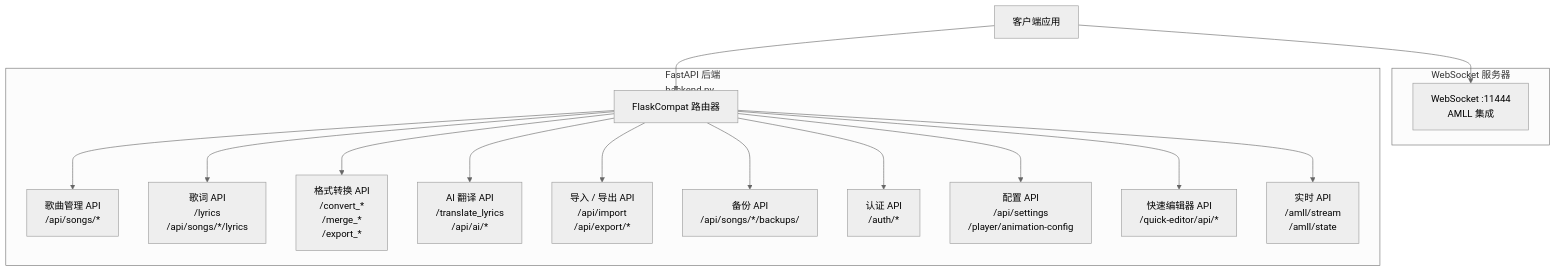
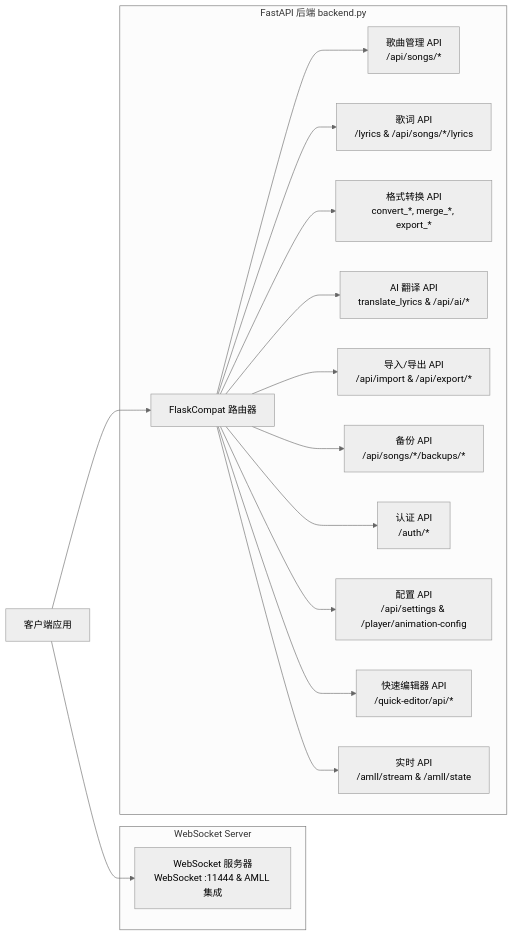
One commit to HKLHaoBin/LyricSphere changed diagram 21 of 44 in README.md. Above: the diagram before and after it, drawn with Mermaid (neutral theme). The commit also changed other lines of this file, not shown here.

First line of the commit message:
docs: 优化文档中的流程图和注释结构

````diff
--- a/README.md
+++ b/README.md
@@ -1823,51 +1819,55 @@
 ```mermaid
-flowchart TD
-    Client["客户端应用"]
-    Router["FlaskCompat 路由器"]
+flowchart LR
+    %% 定义节点
+    Client[客户端应用]
+    Router[FlaskCompat 路由器]
 
-    SongAPI["歌曲管理 API<br/>/api/songs/*"]
-    LyricAPI["歌词 API<br/>/lyrics<br/>/api/songs/*/lyrics"]
-    ConvertAPI["格式转换 API<br/>/convert_*<br/>/merge_*<br/>/export_*"]
-    TranslateAPI["AI 翻译 API<br/>/translate_lyrics<br/>/api/ai/*"]
-    ImportExport["导入 / 导出 API<br/>/api/import<br/>/api/export/*"]
-    BackupAPI["备份 API<br/>/api/songs/*/backups/"]
-    AuthAPI["认证 API<br/>/auth/*"]
-    ConfigAPI["配置 API<br/>/api/settings<br/>/player/animation-config"]
-    EditorAPI["快速编辑器 API<br/>/quick-editor/api/*"]
-    RealtimeAPI["实时 API<br/>/amll/stream<br/>/amll/state"]
+    SongAPI[歌曲管理 API<br>/api/songs/*]
+    LyricAPI[歌词 API<br>/lyrics & /api/songs/*/lyrics]
+    ConvertAPI[格式转换 API<br>convert_*, merge_*, export_*]
+    TranslateAPI[AI 翻译 API<br>translate_lyrics & /api/ai/*]
+    ImportExport[导入/导出 API<br>/api/import & /api/export/*]
+    BackupAPI[备份 API<br>/api/songs/*/backups/*]
+    AuthAPI[认证 API<br>/auth/*]
+    ConfigAPI[配置 API<br>/api/settings & /player/animation-config]
+    EditorAPI[快速编辑器 API<br>/quick-editor/api/*]
+    RealtimeAPI[实时 API<br>/amll/stream & /amll/state]
 
-    WSServer["WebSocket :11444<br/>AMLL 集成"]
+    WSServer[WebSocket 服务器<br>WebSocket :11444 & AMLL 集成]
 
+    %% 主连接
     Client --> Router
     Client --> WSServer
 
-    subgraph WebSocketServer["WebSocket 服务器"]
+    %% WebSocket server
+    subgraph WS_SERVER [WebSocket Server]
         WSServer
     end
 
-    subgraph FastAPIBackend["FastAPI 后端<br/>backend.py"]
+    %% FastAPI backend
+    subgraph BACKEND [FastAPI 后端 backend.py]
         Router
         SongAPI
         LyricAPI
         ConvertAPI
         TranslateAPI
         ImportExport
         BackupAPI
         AuthAPI
         ConfigAPI
         EditorAPI
         RealtimeAPI
 
         Router --> SongAPI
         Router --> LyricAPI
         Router --> ConvertAPI
         Router --> TranslateAPI
         Router --> ImportExport
         Router --> BackupAPI
         Router --> AuthAPI
         Router --> ConfigAPI
         Router --> EditorAPI
         Router --> RealtimeAPI
     end
 
 ```
````
